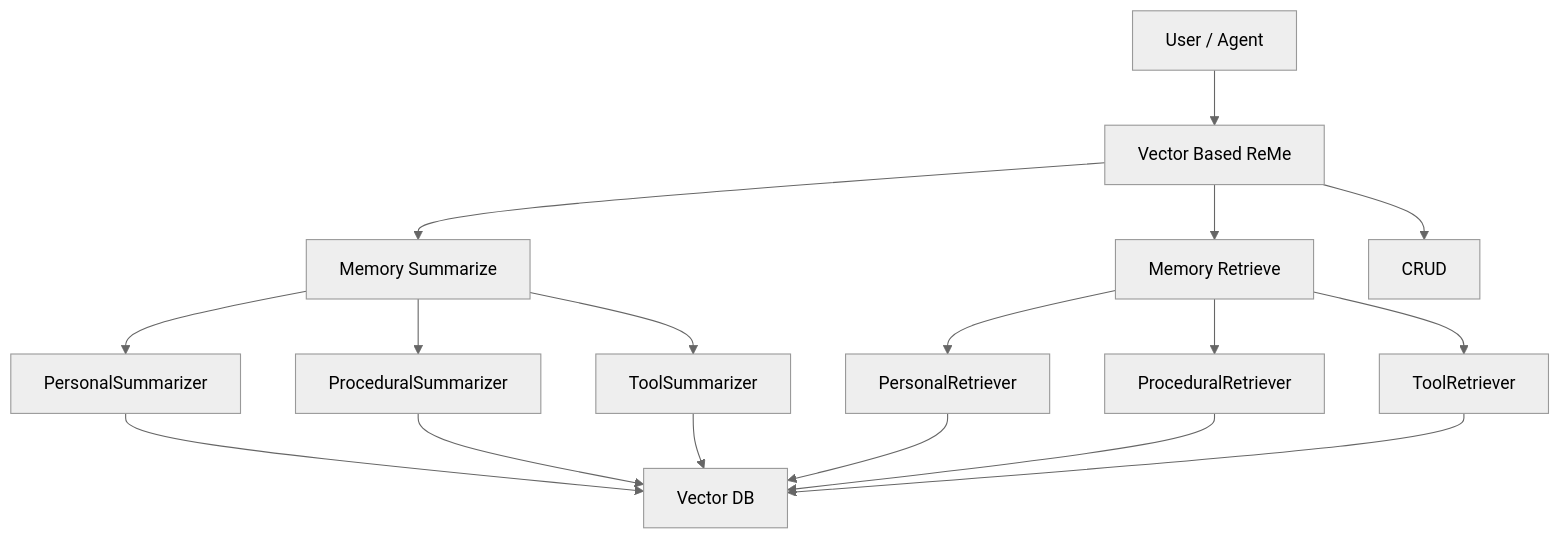
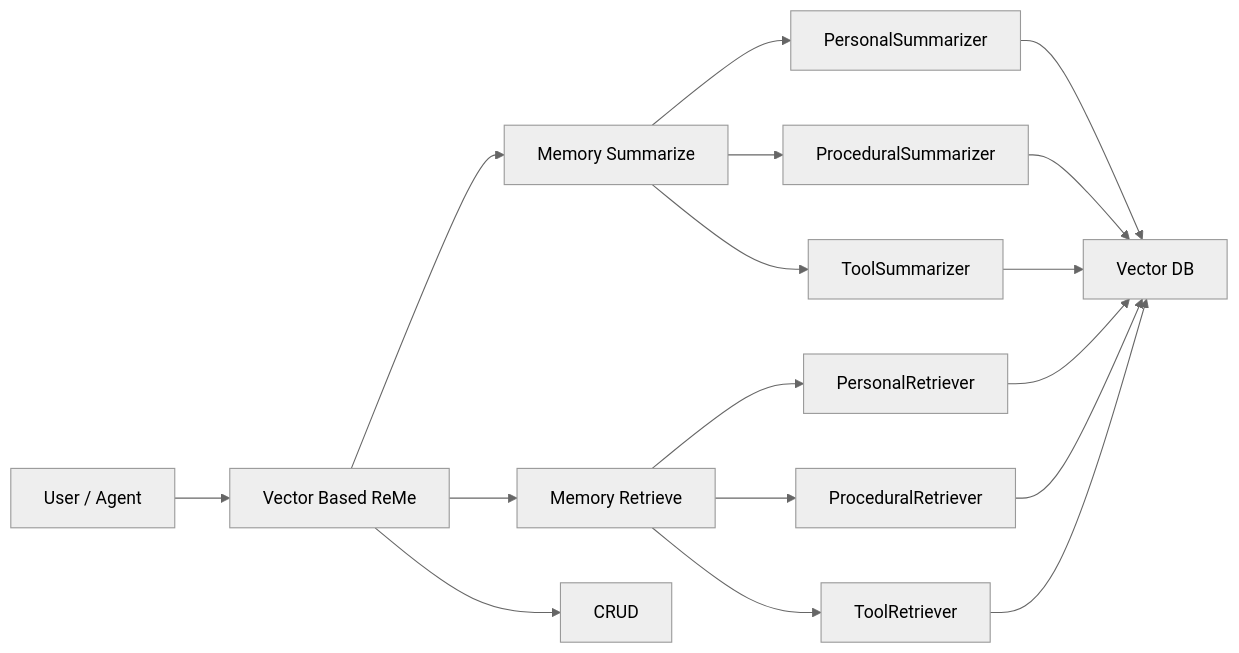
One commit to agentscope-ai/ReMe changed the ninth of 9 diagrams in README.md. Above: the diagram before and after it, drawn with Mermaid (neutral theme). The commit also changed other lines of this file and 1 other file, not shown here.

Commit message:
docs(readme): update documentation with improved architecture diagrams and component details

````diff
--- a/README.md
+++ b/README.md
@@ -431,19 +480,19 @@
 ```mermaid
-graph TB
+graph LR
     User[User / Agent] --> ReMe[Vector Based ReMe]
     ReMe --> Summarize[Memory Summarize]
     ReMe --> Retrieve[Memory Retrieve]
     ReMe --> CRUD[CRUD]
     Summarize --> PersonalSum[PersonalSummarizer]
     Summarize --> ProceduralSum[ProceduralSummarizer]
     Summarize --> ToolSum[ToolSummarizer]
     Retrieve --> PersonalRet[PersonalRetriever]
     Retrieve --> ProceduralRet[ProceduralRetriever]
     Retrieve --> ToolRet[ToolRetriever]
     PersonalSum --> VectorStore[Vector DB]
     ProceduralSum --> VectorStore
     ToolSum --> VectorStore
     PersonalRet --> VectorStore
     ProceduralRet --> VectorStore
     ToolRet --> VectorStore
 ```
````
